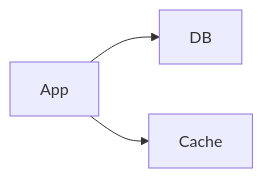
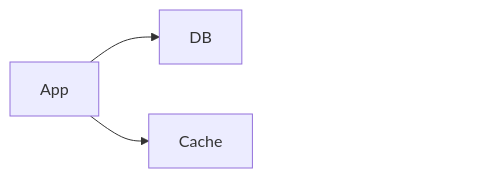
The first of 8 diagrams in 04_HLD/SYSTEM_DESIGNS/10_distributed_cache/10_distributed_cache.md (ArpanMaheshwari144/Prep), drawn with Mermaid before and after one commit. The commit also changed other lines of this file and 13 other files, not shown here.

Commit message:
hld 14 file: har diagram ke daayein andekha dabba, zoom button asli dabbe pe na aaye

````diff
--- a/04_HLD/SYSTEM_DESIGNS/10_distributed_cache/10_distributed_cache.md
+++ b/04_HLD/SYSTEM_DESIGNS/10_distributed_cache/10_distributed_cache.md
@@ -71,9 +71,12 @@
 ```mermaid
 %%{init: {"flowchart": {"wrappingWidth": 450}}}%%
 flowchart LR
     n_App["App"]
     n_DB["DB"]
     n_Cache["Cache"]
     n_App --> n_DB
     n_App --> n_Cache
+    n_pad["xxxxxxxxxxxxxxxx"]
+    n_Cache ~~~ n_pad
+    style n_pad fill:none,stroke:none,color:#ffffff00
 ```
````
